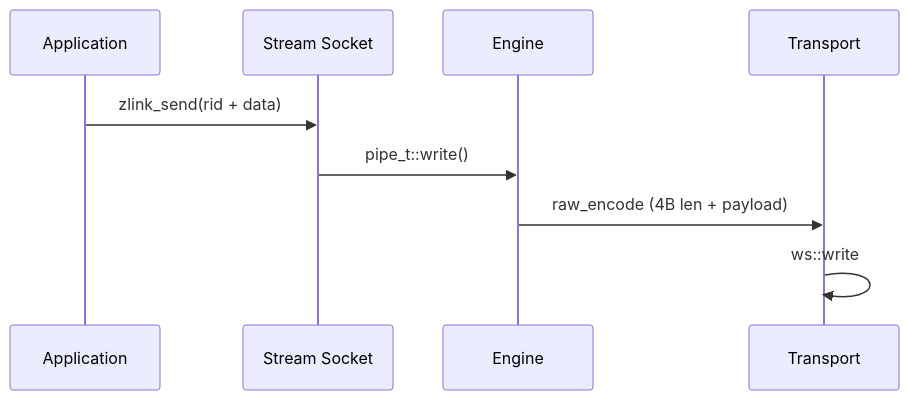
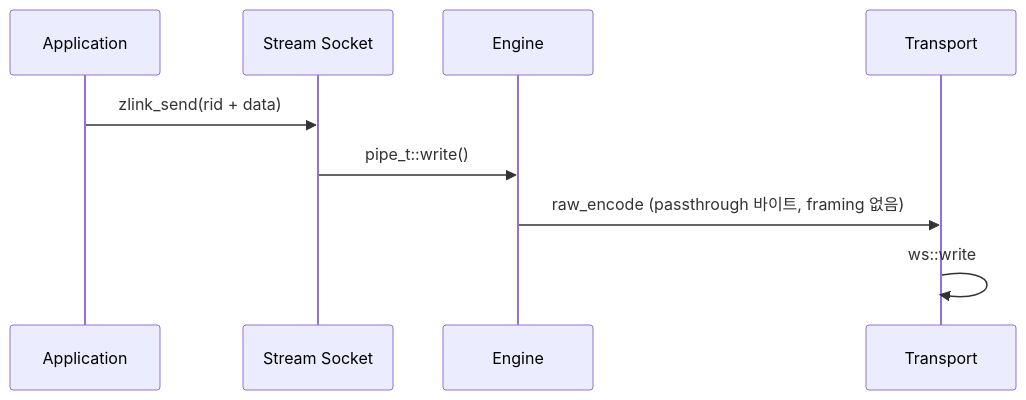
One commit to kairos-code-dev/zlink changed the diagram in doc/internals/stream-socket.ko.md. Above: the diagram before and after it, drawn with Mermaid. The commit also changed other lines of this file and 163 other files, not shown here.

````diff
--- a/doc/internals/stream-socket.ko.md
+++ b/doc/internals/stream-socket.ko.md
@@ -26,12 +26,12 @@
 ```mermaid
 sequenceDiagram
     participant App as Application
     participant SS as Stream Socket
     participant Eng as Engine
     participant Tr as Transport
 
     App->>SS: zlink_send(rid + data)
     SS->>Eng: pipe_t::write()
-    Eng->>Tr: raw_encode (4B len + payload)
+    Eng->>Tr: raw_encode (passthrough 바이트, framing 없음)
     Tr->>Tr: ws::write
 ```
````
